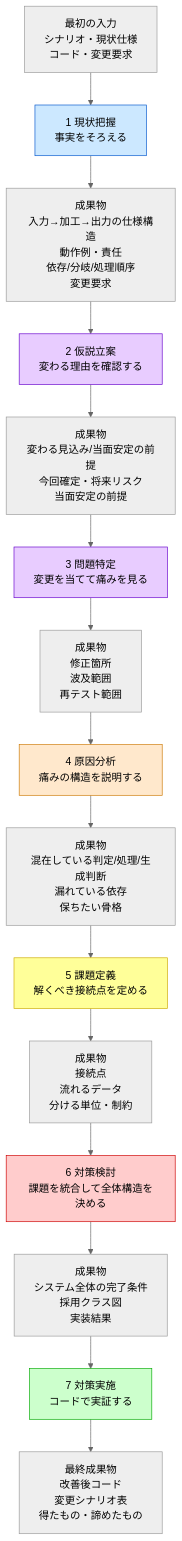
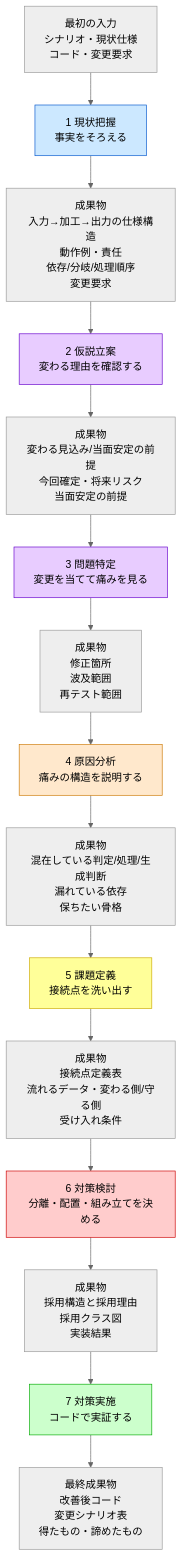
Before and after one commit to kumachan1101-pixel/DesignPattern: the second of 3 diagrams in kindle/design-patterns/output/chapter00_2.md, drawn with Mermaid (neutral theme). The commit also changed other lines of this file and 10 other files, not shown here.

First line of the commit message:
F1完了: フェーズ5/6/7を再定義し正本へ反映（課題定義=接続点洗い出し+受け入れ条件）

````diff
--- a/kindle/design-patterns/output/chapter00_2.md
+++ b/kindle/design-patterns/output/chapter00_2.md
@@ -97,41 +97,41 @@
 ```mermaid
 flowchart TB
     I0["最初の入力<br>シナリオ・現状仕様<br>コード・変更要求"]
 
     P1["1 現状把握<br>事実をそろえる"]
     O1["成果物<br>入力→加工→出力の仕様構造<br>動作例・責任<br>依存/分岐/処理順序<br>変更要求"]
 
     P2["2 仮説立案<br>変わる理由を確認する"]
     O2["成果物<br>変わる見込み/当面安定の前提<br>今回確定・将来リスク<br>当面安定の前提"]
 
     P3["3 問題特定<br>変更を当てて痛みを見る"]
     O3["成果物<br>修正箇所<br>波及範囲<br>再テスト範囲"]
 
     P4["4 原因分析<br>痛みの構造を説明する"]
     O4["成果物<br>混在している判定/処理/生成判断<br>漏れている依存<br>保ちたい骨格"]
 
-    P5["5 課題定義<br>解くべき接続点を定める"]
-    O5["成果物<br>接続点<br>流れるデータ<br>分ける単位・制約"]
+    P5["5 課題定義<br>接続点を洗い出す"]
+    O5["成果物<br>接続点定義表<br>流れるデータ・変わる側/守る側<br>受け入れ条件"]
 
-    P6["6 対策検討<br>課題を統合して全体構造を決める"]
-    O6["成果物<br>システム全体の完了条件<br>採用クラス図<br>実装結果"]
+    P6["6 対策検討<br>分離・配置・組み立てを決める"]
+    O6["成果物<br>採用構造と採用理由<br>採用クラス図<br>実装結果"]
 
     P7["7 対策実施<br>コードで実証する"]
     O7["最終成果物<br>改善後コード<br>変更シナリオ表<br>得たもの・諦めたもの"]
 
     I0 --> P1 --> O1
     O1 --> P2 --> O2
     O2 --> P3 --> O3
     O3 --> P4 --> O4
     O4 --> P5 --> O5
     O5 --> P6 --> O6
     O6 --> P7 --> O7
 
     style P1 fill:#cce8ff,stroke:#0055cc
     style P2 fill:#e8ccff,stroke:#6600cc
     style P3 fill:#e8ccff,stroke:#6600cc
     style P4 fill:#ffe8cc,stroke:#cc7700
     style P5 fill:#ffff99,stroke:#ccaa00
     style P6 fill:#ffcccc,stroke:#cc0000
     style P7 fill:#ccffcc,stroke:#00aa00
 ```
````
